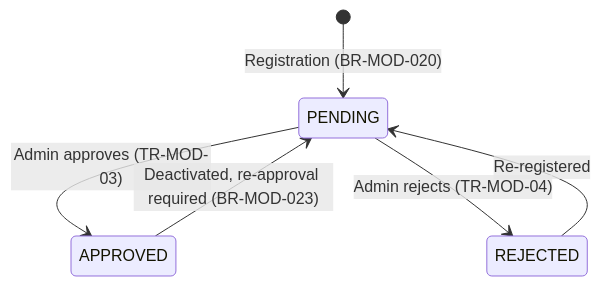
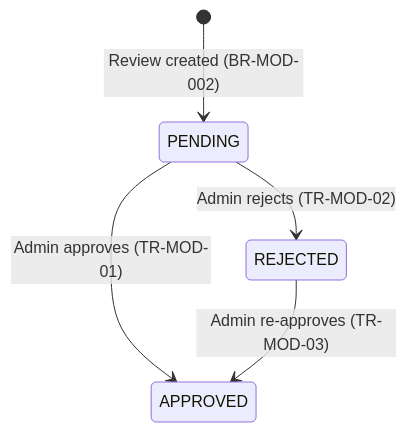
One commit to khaingthinthinwin-dev/skin-analysis changed the first of 4 diagrams in docs/screen/Review_ContentModeration/Detailed Design/DD_ReviewContent_Moderation_01_MODULE_OVERVIEW.md. Above: the diagram before and after it, drawn with Mermaid. The commit also changed other lines of this file and 16 other files, not shown here.

````diff
--- a/docs/screen/Review_ContentModeration/Detailed Design/DD_ReviewContent_Moderation_01_MODULE_OVERVIEW.md
+++ b/docs/screen/Review_ContentModeration/Detailed Design/DD_ReviewContent_Moderation_01_MODULE_OVERVIEW.md
@@ -57,8 +44,7 @@
 ```mermaid
 stateDiagram-v2
-    [*] --> PENDING : Registration (BR-MOD-020)
-    PENDING --> APPROVED : Admin approves (TR-MOD-03)
-    PENDING --> REJECTED : Admin rejects (TR-MOD-04)
-    APPROVED --> PENDING : Deactivated, re-approval required (BR-MOD-023)
-    REJECTED --> PENDING : Re-registered
+    [*] --> PENDING : Review created (BR-MOD-002)
+    PENDING --> APPROVED : Admin approves (TR-MOD-01)
+    PENDING --> REJECTED : Admin rejects (TR-MOD-02)
+    REJECTED --> APPROVED : Admin re-approves (TR-MOD-03)
 ```
````
